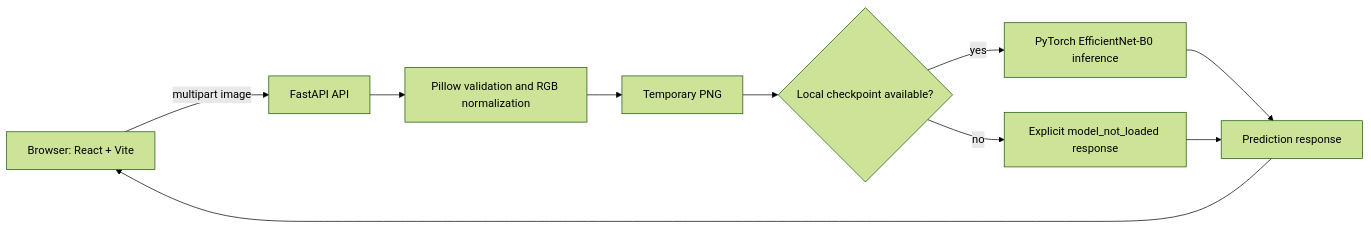
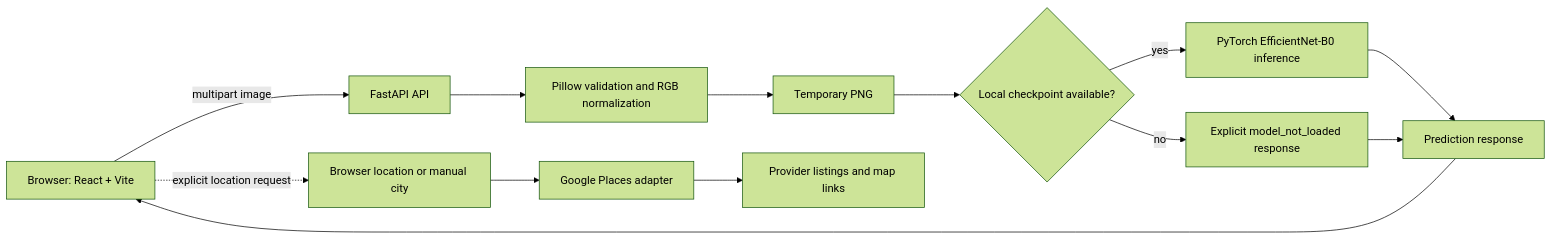
The diagram in README.md (Danish3344/skinscope-ai), drawn with Mermaid (forest theme) before and after one commit. The commit also changed other lines of this file and 2 other files, not shown here.

````diff
--- a/README.md
+++ b/README.md
@@ -23,12 +38,15 @@
 ```mermaid
 flowchart LR
     A[Browser: React + Vite] -->|multipart image| B[FastAPI API]
     B --> C[Pillow validation and RGB normalization]
     C --> D[Temporary PNG]
     D --> E{Local checkpoint available?}
     E -->|yes| F[PyTorch EfficientNet-B0 inference]
     E -->|no| G[Explicit model_not_loaded response]
     F --> H[Prediction response]
     G --> H
     H --> A
+    A -. explicit location request .-> I[Browser location or manual city]
+    I --> J[Google Places adapter]
+    J --> K[Provider listings and map links]
 ```
````
